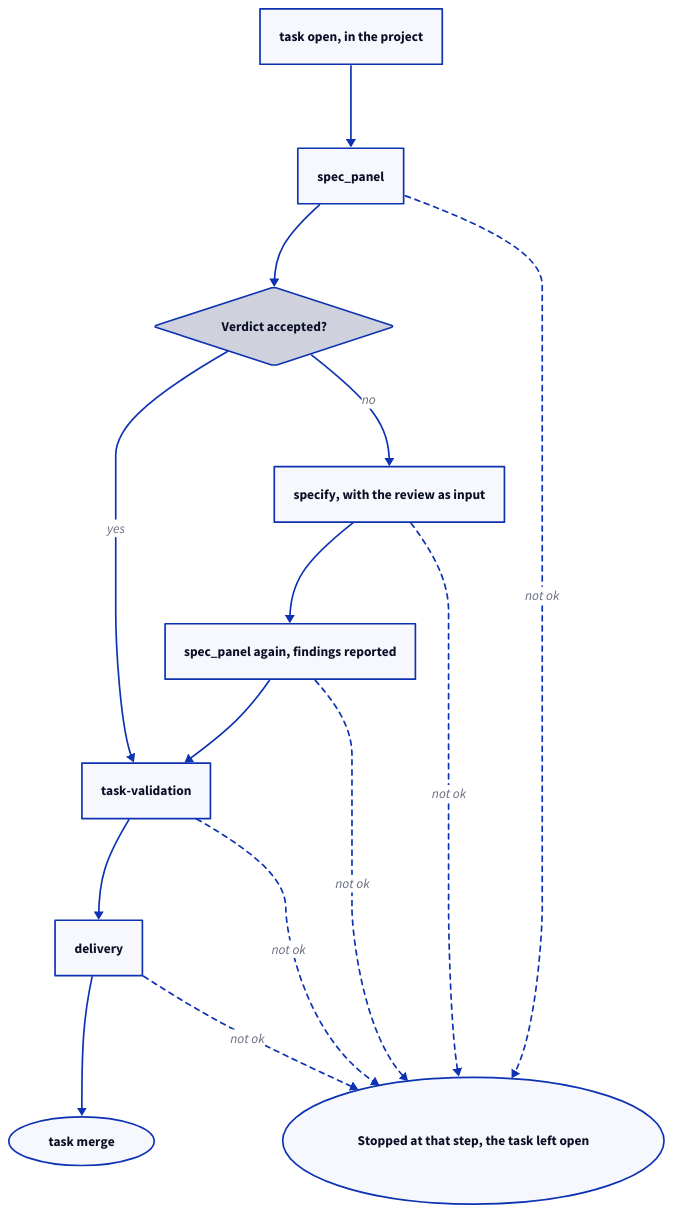
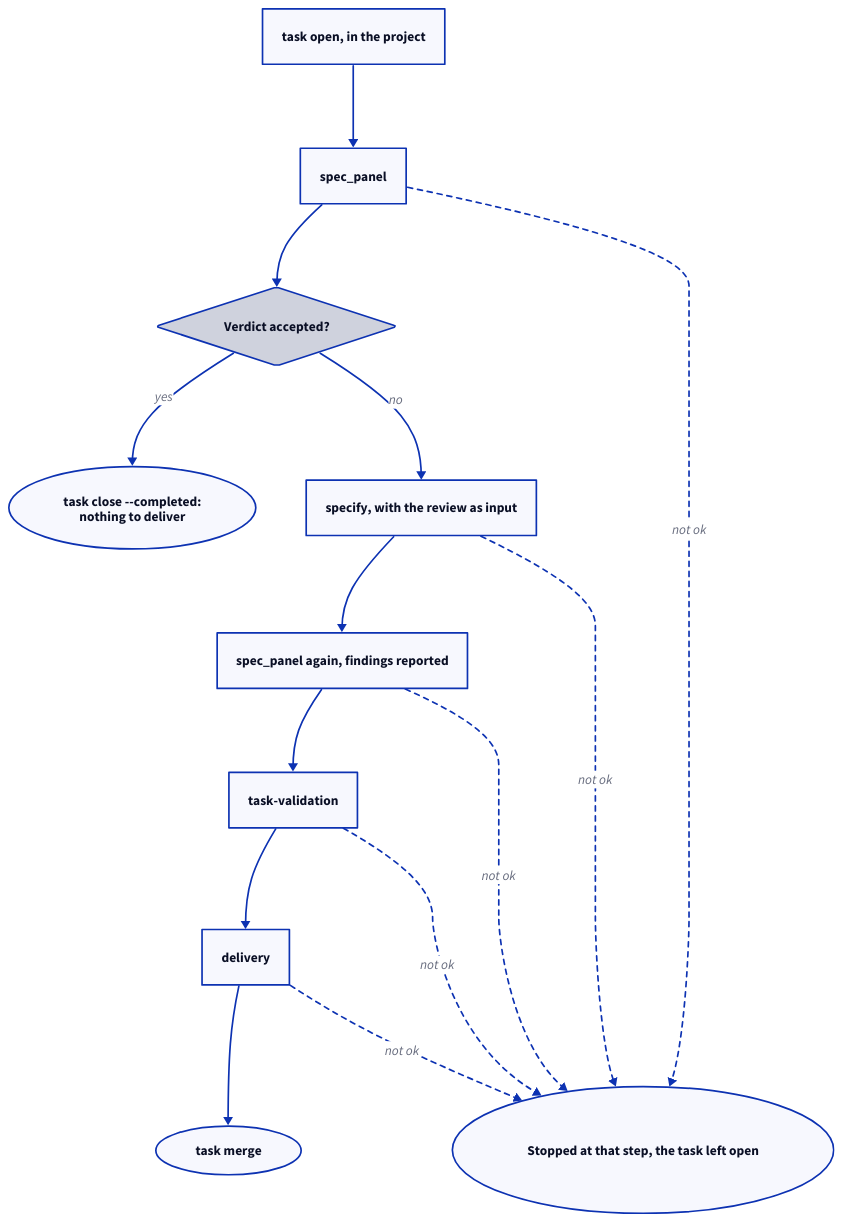
One commit to FTOD/concorde changed the second of 2 diagrams in specs/concorde/e2e/cases/module.md. Above: the diagram before and after it, drawn with D2. The commit also changed other lines of this file and 4 other files, not shown here.

First line of the commit message:
SWE-bench cases: an accepted first review closes the repair task (I-4941e031)

````diff
--- a/specs/concorde/e2e/cases/module.md
+++ b/specs/concorde/e2e/cases/module.md
@@ -137,23 +144,24 @@
 ```d2 illustrative
 direction: down
 open: "task open, in the project"
 review: "spec_panel"
 accepted: "Verdict accepted?" {shape: diamond}
 specify: "specify, with the review as input"
 again: "spec_panel again, findings reported"
 validate: "task-validation"
 delivery: "delivery"
 merge: "task merge" {shape: oval}
+close: "task close --completed:\nnothing to deliver" {shape: oval}
 stop: "Stopped at that step, the task left open" {shape: oval}
 open -> review
 review -> accepted
-accepted -> validate: yes
+accepted -> close: yes
 accepted -> specify: no
 specify -> again -> validate
 validate -> delivery -> merge
 review -> stop: "not ok" {style.stroke-dash: 3}
 specify -> stop: "not ok" {style.stroke-dash: 3}
 again -> stop: "not ok" {style.stroke-dash: 3}
 validate -> stop: "not ok" {style.stroke-dash: 3}
 delivery -> stop: "not ok" {style.stroke-dash: 3}
 ```
````
